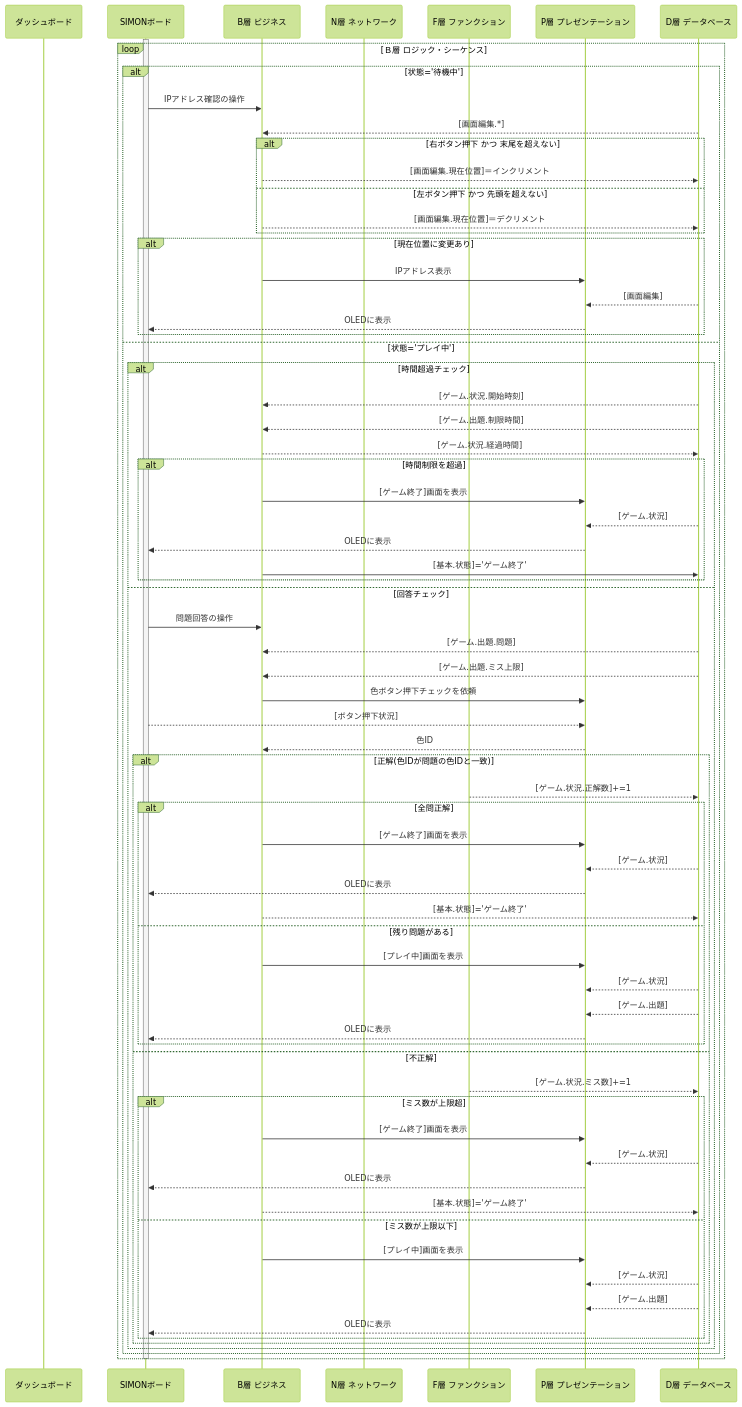
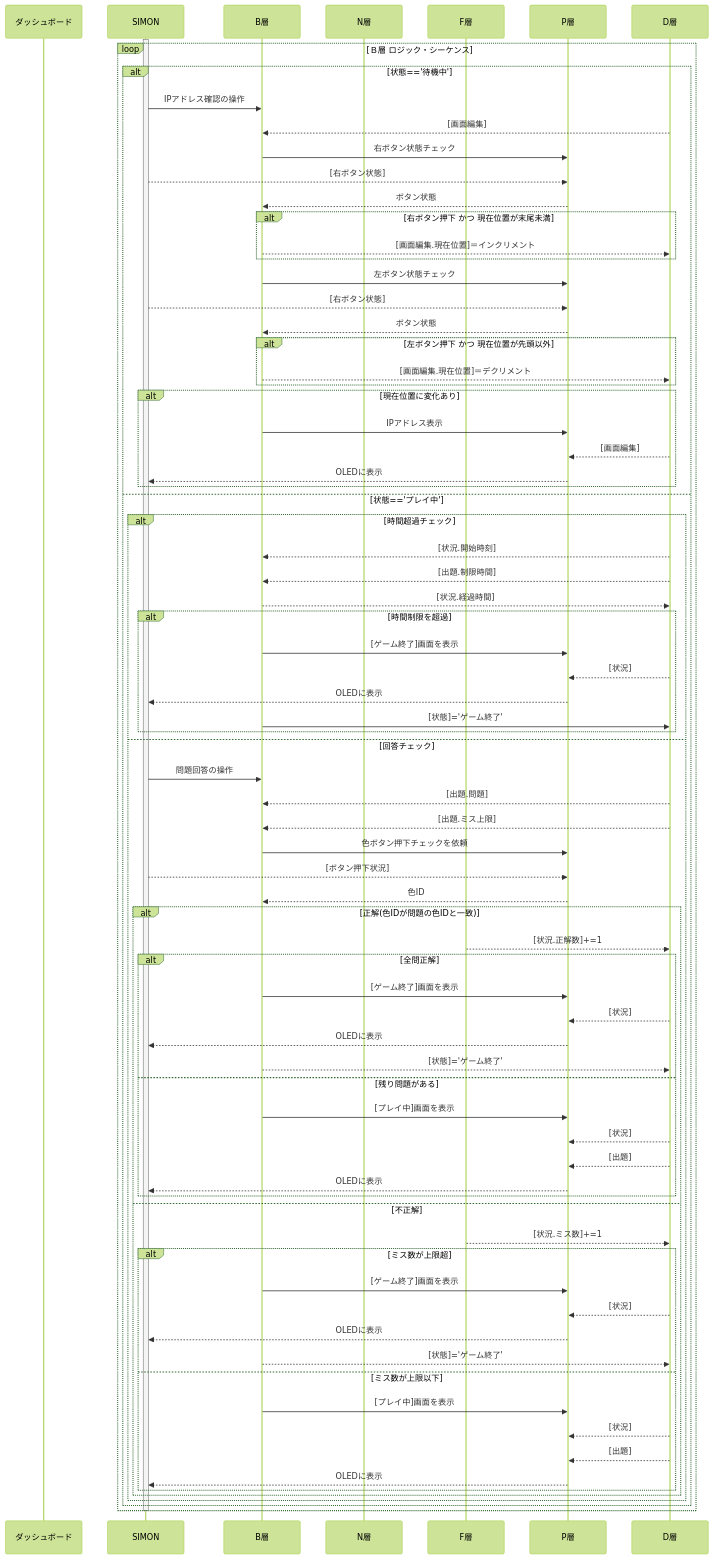
One commit to kureha001/MMP changed the third of 3 diagrams in ゲーム/99_SIMON/README.MD. Above: the diagram before and after it, drawn with Mermaid (forest theme). The commit also changed other lines of this file and 1 other file, not shown here.

````diff
--- a/ゲーム/99_SIMON/README.MD
+++ b/ゲーム/99_SIMON/README.MD
@@ -351,73 +506,82 @@
 ```mermaid
 sequenceDiagram
   participant U as ダッシュボード
-  participant S as SIMONボード
-  participant B as B層 ビジネス
-  participant N as N層 ネットワーク
-  participant F as F層 ファンクション
-  participant P as P層 プレゼンテーション
-  participant D as D層 データベース
+  participant S as SIMON
+  participant B as B層
+  participant N as N層
+  participant F as F層
+  participant P as P層
+  participant D as D層
 
   activate S
 
     loop Ｂ層 ロジック・シーケンス
-        alt 状態='待機中'
+        alt 状態=='待機中'
             S->>B: IPアドレス確認の操作
-            D-->>B: [画面編集.*]
-            alt 右ボタン押下 かつ 末尾を超えない
+            D-->>B: [画面編集]
+
+            B->>P: 右ボタン状態チェック
+                S-->>P: [右ボタン状態]
+            P-->>B: ボタン状態
+            alt 右ボタン押下 かつ 現在位置が末尾未満
                 B-->>D: [画面編集.現在位置]＝インクリメント
-            else 左ボタン押下 かつ 先頭を超えない
+            end
+
+            B->>P: 左ボタン状態チェック
+                S-->>P: [右ボタン状態]
+            P-->>B: ボタン状態
+            alt 左ボタン押下 かつ 現在位置が先頭以外
                 B-->>D: [画面編集.現在位置]＝デクリメント
             end
-            alt 現在位置に変更あり
+            alt 現在位置に変化あり
                 B->>P: IPアドレス表示 
                     D-->>P: [画面編集]
                     P-->>S: OLEDに表示
             end
 
-        else 状態='プレイ中'
+        else 状態=='プレイ中'
             alt 時間超過チェック
-                D-->>B: [ゲーム.状況.開始時刻] 
-                D-->>B: [ゲーム.出題.制限時間] 
-                B-->>D: [ゲーム.状況.経過時間] 
+                D-->>B: [状況.開始時刻] 
+                D-->>B: [出題.制限時間] 
+                B-->>D: [状況.経過時間] 
                 alt 時間制限を超過
                     B->>P: [ゲーム終了]画面を表示
-                        D-->>P: [ゲーム.状況] 
+                        D-->>P: [状況] 
                         P-->>S: OLEDに表示
-                    B->>D: [基本.状態]='ゲーム終了'
+                    B->>D: [状態]='ゲーム終了'
                 end
 
             else 回答チェック
                 S->>B: 問題回答の操作
-                D-->>B: [ゲーム.出題.問題] 
-                D-->>B: [ゲーム.出題.ミス上限] 
+                D-->>B: [出題.問題] 
+                D-->>B: [出題.ミス上限] 
                 B->>P: 色ボタン押下チェックを依頼
                     S-->>P: [ボタン押下状況]
                 P-->>B: 色ID
                 alt 正解(色IDが問題の色IDと一致)
-                    F-->>D: [ゲーム.状況.正解数]+=1
+                    F-->>D: [状況.正解数]+=1
                     alt 全問正解
                         B->>P: [ゲーム終了]画面を表示
-                            D-->>P: [ゲーム.状況] 
+                            D-->>P: [状況] 
                             P-->>S: OLEDに表示
-                        B-->>D: [基本.状態]='ゲーム終了'
+                        B-->>D: [状態]='ゲーム終了'
                     else 残り問題がある
                         B->>P: [プレイ中]画面を表示
-                            D-->>P: [ゲーム.状況] 
-                            D-->>P: [ゲーム.出題] 
+                            D-->>P: [状況] 
+                            D-->>P: [出題] 
                             P-->>S: OLEDに表示
                     end
                 else 不正解
-                    F-->>D: [ゲーム.状況.ミス数]+=1
+                    F-->>D: [状況.ミス数]+=1
                     alt ミス数が上限超
                         B->>P: [ゲーム終了]画面を表示
-                            D-->>P: [ゲーム.状況] 
+                            D-->>P: [状況] 
                             P-->>S: OLEDに表示
-                        B-->>D: [基本.状態]='ゲーム終了'
+                        B-->>D: [状態]='ゲーム終了'
                     else ミス数が上限以下
                         B->>P: [プレイ中]画面を表示
-                            D-->>P: [ゲーム.状況] 
-                            D-->>P: [ゲーム.出題] 
+                            D-->>P: [状況] 
+                            D-->>P: [出題] 
                             P-->>S: OLEDに表示
                     end
                 end
````
